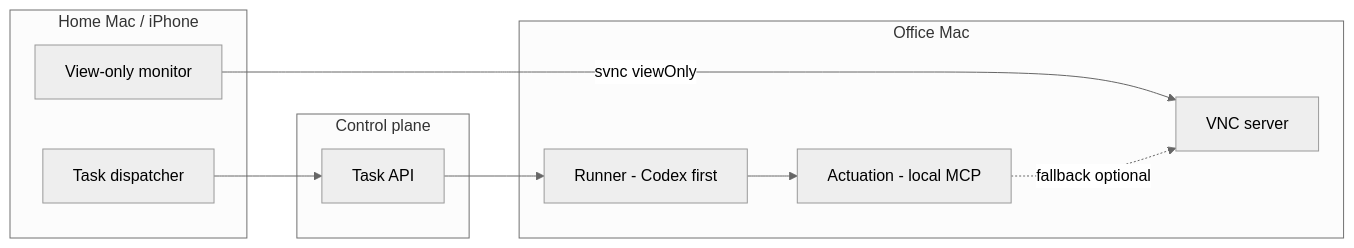
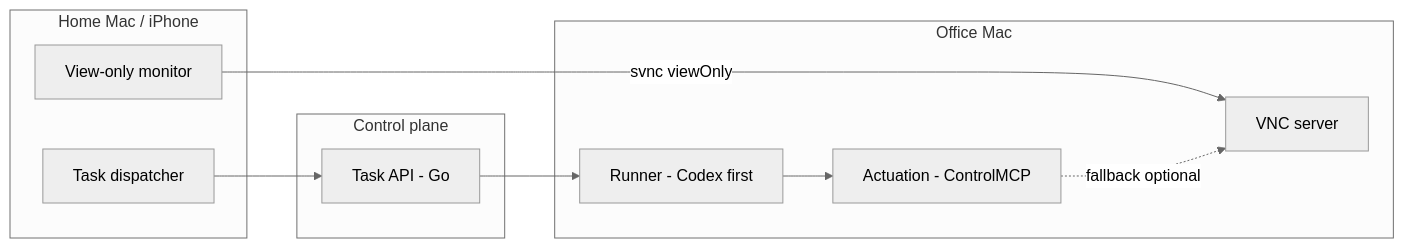
One commit to CooCoode/mob changed the diagram in README.md. Above: the diagram before and after it, drawn with Mermaid (neutral theme). The commit also changed other lines of this file and 5 other files, not shown here.

Commit message:
docs: Phase 1 implementation plan (Go + ControlMCP)

````diff
--- a/README.md
+++ b/README.md
@@ -19,23 +19,23 @@
 ```mermaid
 flowchart LR
   subgraph clients [Home Mac / iPhone]
     D[Task dispatcher]
     M[View-only monitor]
   end
 
   subgraph control [Control plane]
-    API[Task API]
+    API[Task API - Go]
   end
 
   subgraph office [Office Mac]
     R[Runner - Codex first]
-    A[Actuation - local MCP]
+    A[Actuation - ControlMCP]
     V[VNC server]
   end
 
   D --> API
   API --> R
   R --> A
   M -->|svnc viewOnly| V
   A -.->|fallback optional| V
 ```
````
